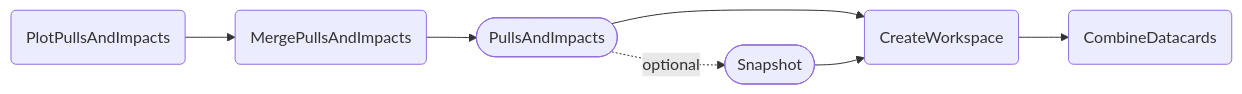
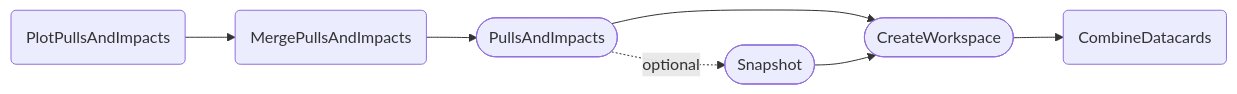
One commit to cms-hh/inference_tools changed the diagram in docs/content/tasks/pullsandimpacts.md. Above: the diagram before and after it, drawn with Mermaid. The commit also changed 8 other files, not shown here.

````diff
--- a/docs/content/tasks/pullsandimpacts.md
+++ b/docs/content/tasks/pullsandimpacts.md
@@ -33,9 +33,9 @@
 ```mermaid
 graph LR;
     A(PlotPullsAndImpacts) --> B(MergePullsAndImpacts);
     B --> C([PullsAndImpacts]);
-    C --> D(CreateWorkspace);
+    C --> D([CreateWorkspace]);
     D --> E(CombineDatacards);
     C -. optional .-> F([Snapshot]);
     F --> D;
 ```
````
